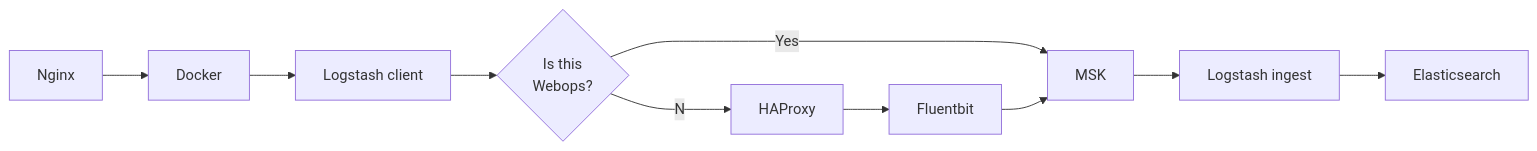
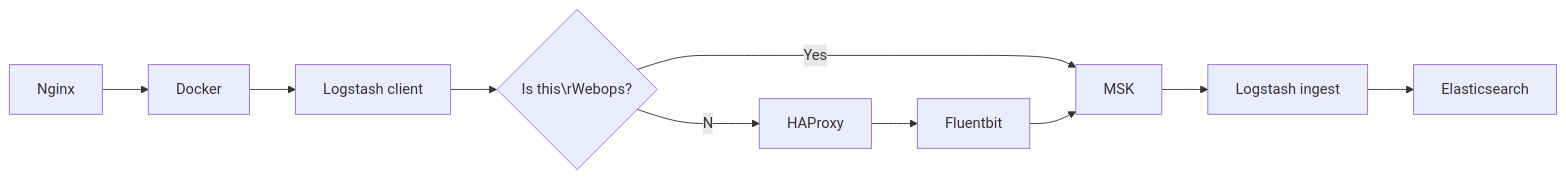
The diagram in README.md (Saskia-MDTP/can-hedgehogs-fly), drawn with Mermaid before and after one commit.

````diff
--- a/README.md
+++ b/README.md
@@ -6,7 +6,7 @@
 ```mermaid
   graph LR;
       Nginx-->Docker-->LC[Logstash client]
-      LC-->E{Is this\nWebops?}--Yes-->MSK;
+      LC-->E{Is this\rWebops?}--Yes-->MSK;
       E--No-->HAProxy-->Fluentbit-->MSK;
       MSK-->LI[Logstash ingest]--> Elasticsearch;
 ```
````
